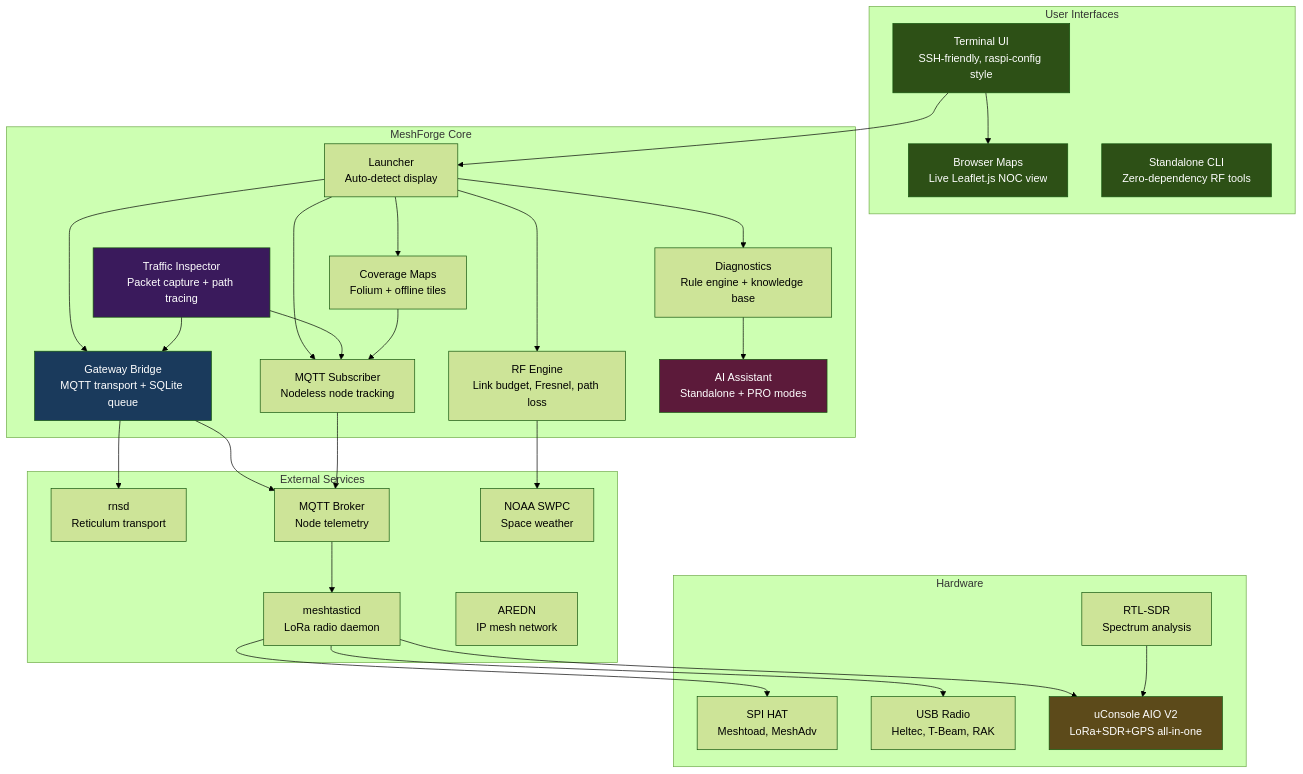
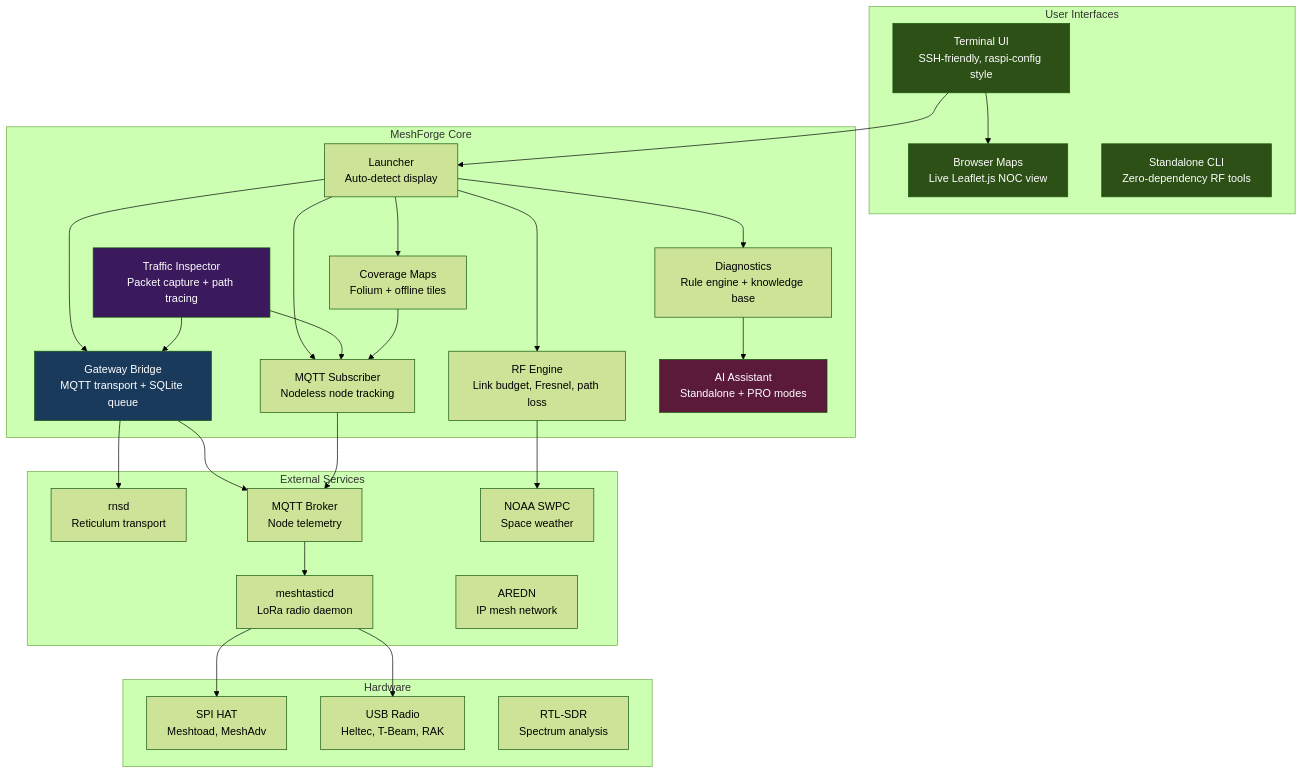
One commit to Nursedude/meshforge changed the first of 2 diagrams in docs/architecture.md. Above: the diagram before and after it, drawn with Mermaid (forest theme). The commit also changed other lines of this file and 4 other files, not shown here.

First line of the commit message:
docs: uConsole off the hardware list; SDR rows say what is live

````diff
--- a/docs/architecture.md
+++ b/docs/architecture.md
@@ -7,65 +7,61 @@
 ```mermaid
 graph TB
     subgraph User Interfaces
         TUI[Terminal UI<br>SSH-friendly, raspi-config style]
         BROWSER[Browser Maps<br>Live Leaflet.js NOC view]
         CLI[Standalone CLI<br>Zero-dependency RF tools]
     end
 
     subgraph MeshForge Core
         LAUNCHER[Launcher<br>Auto-detect display]
         GATEWAY[Gateway Bridge<br>MQTT transport + SQLite queue]
         MONITOR[MQTT Subscriber<br>Nodeless node tracking]
         TRAFFIC[Traffic Inspector<br>Packet capture + path tracing]
         MAPS[Coverage Maps<br>Folium + offline tiles]
         RF[RF Engine<br>Link budget, Fresnel, path loss]
         DIAG[Diagnostics<br>Rule engine + knowledge base]
         AI[AI Assistant<br>Standalone + PRO modes]
     end
 
     subgraph External Services
         MESHTASTICD[meshtasticd<br>LoRa radio daemon]
         RNSD[rnsd<br>Reticulum transport]
         AREDN_NET[AREDN<br>IP mesh network]
         MQTT[MQTT Broker<br>Node telemetry]
         NOAA[NOAA SWPC<br>Space weather]
     end
 
     subgraph Hardware
         SPI[SPI HAT<br>Meshtoad, MeshAdv]
         USB[USB Radio<br>Heltec, T-Beam, RAK]
         SDR[RTL-SDR<br>Spectrum analysis]
-        UCONSOLE[uConsole AIO V2<br>LoRa+SDR+GPS all-in-one]
     end
 
     TUI --> LAUNCHER
     TUI --> BROWSER
     LAUNCHER --> GATEWAY
     LAUNCHER --> MONITOR
     LAUNCHER --> MAPS
     LAUNCHER --> RF
     LAUNCHER --> DIAG
     DIAG --> AI
 
     GATEWAY --> MQTT
     GATEWAY --> RNSD
     MONITOR --> MQTT
     MQTT --> MESHTASTICD
     TRAFFIC --> GATEWAY
     TRAFFIC --> MONITOR
     MAPS --> MONITOR
     RF --> NOAA
 
     MESHTASTICD --> SPI
     MESHTASTICD --> USB
-    MESHTASTICD --> UCONSOLE
-    SDR --> UCONSOLE
 
     style TUI fill:#2d5016,color:#fff
     style BROWSER fill:#2d5016,color:#fff
     style CLI fill:#2d5016,color:#fff
     style GATEWAY fill:#1a3a5c,color:#fff
     style TRAFFIC fill:#3a1a5c,color:#fff
     style AI fill:#5c1a3a,color:#fff
-    style UCONSOLE fill:#5c4a1a,color:#fff
 ```
````
